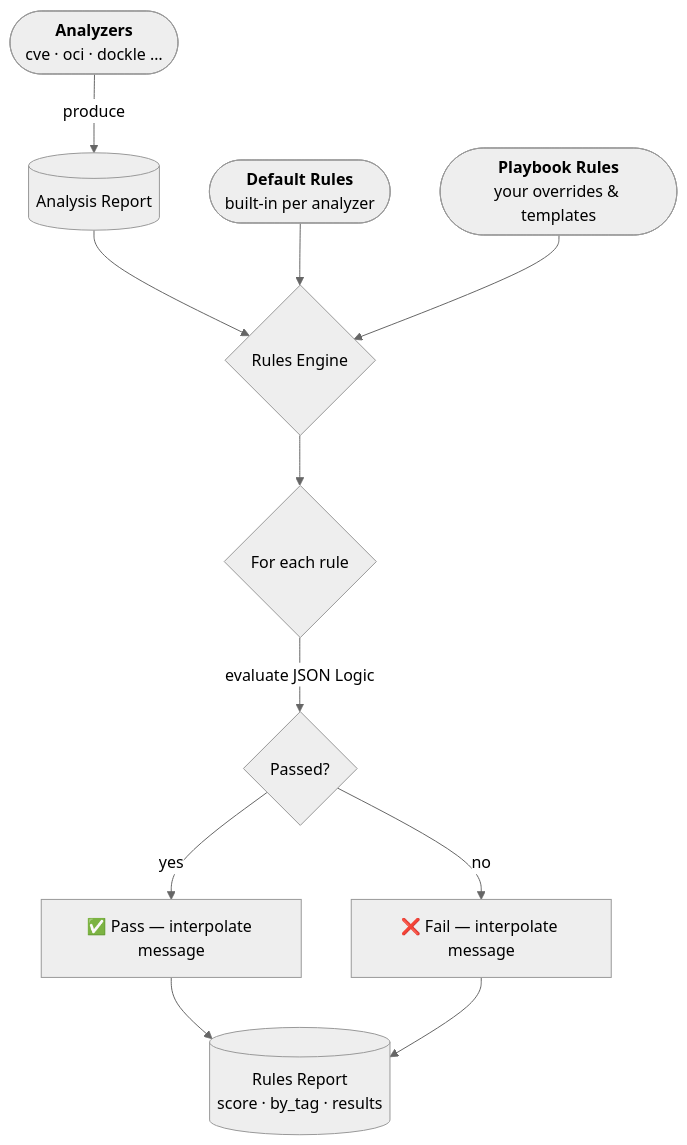
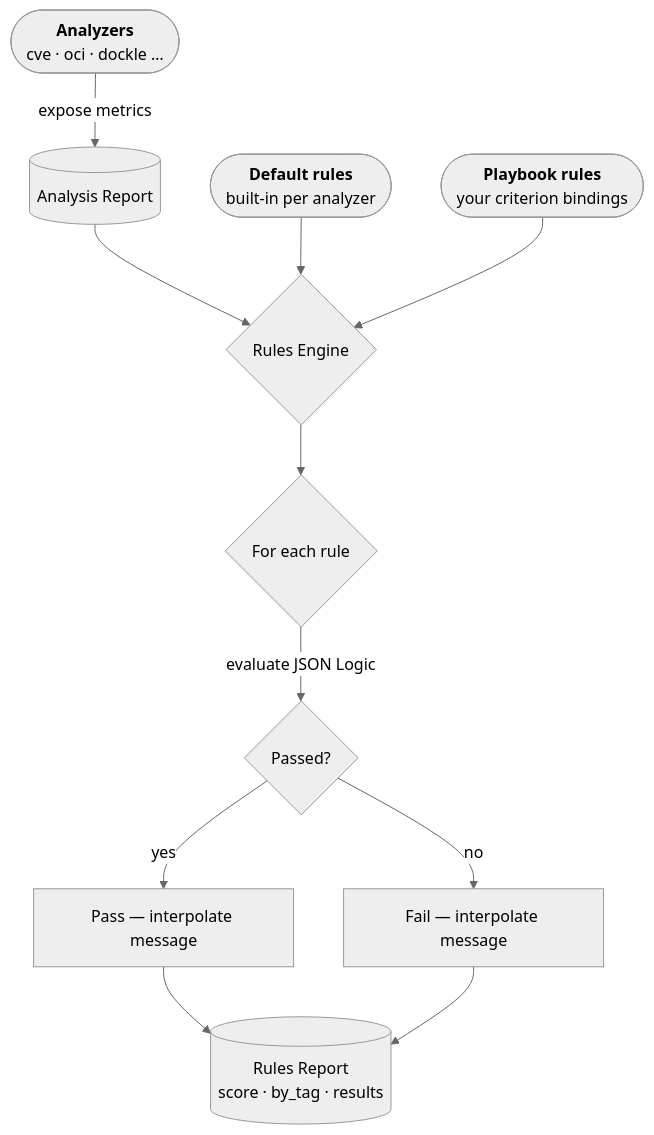
The second of 2 diagrams in docs/website/docs/concepts/rules.md (trivoallan/regis), drawn with Mermaid (neutral theme) before and after one commit. The commit also changed other lines of this file and 33 other files, not shown here.

First line of the commit message:
feat(playbook): introduce the criterion vocabulary and playbook migrate codemod (#646)

````diff
--- a/docs/website/docs/concepts/rules.md
+++ b/docs/website/docs/concepts/rules.md
@@ -13,15 +83,15 @@
 ```mermaid
 flowchart TD
     A(["`**Analyzers**
-    cve · oci · dockle …`"]) -->|produce| B[(Analysis Report)]
+    cve · oci · dockle …`"]) -->|expose metrics| B[(Analysis Report)]
     B --> C{Rules Engine}
-    D(["`**Default Rules**
+    D(["`**Default rules**
     built-in per analyzer`"]) --> C
-    E(["`**Playbook Rules**
-    your overrides & templates`"]) --> C
+    E(["`**Playbook rules**
+    your criterion bindings`"]) --> C
     C --> F{For each rule}
     F -->|evaluate JSON Logic| G{Passed?}
-    G -->|yes| H[✅ Pass — interpolate message]
-    G -->|no| I[❌ Fail — interpolate message]
+    G -->|yes| H[Pass — interpolate message]
+    G -->|no| I[Fail — interpolate message]
     H & I --> J[(Rules Report\nscore · by_tag · results)]
 ```
````
